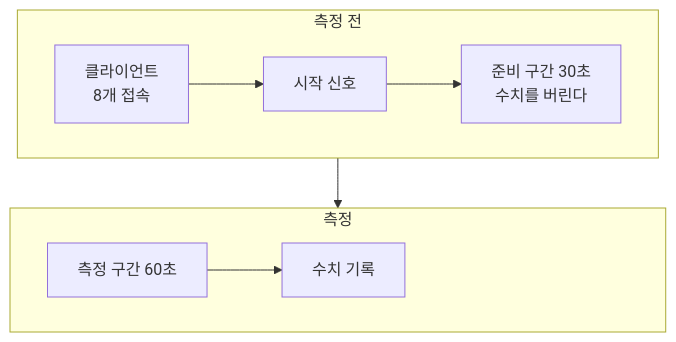
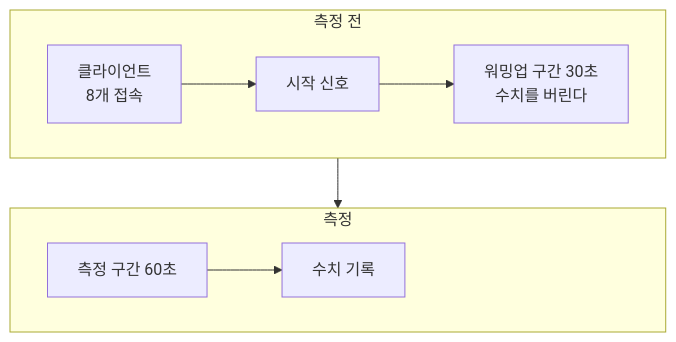
The diagram in Posts/00-testbed/README.md (hon454/ue-dedicated-server-optimization-lab), drawn with Mermaid before and after one commit. The commit also changed other lines of this file and 12 other files, not shown here.

````diff
--- a/Posts/00-testbed/README.md
+++ b/Posts/00-testbed/README.md
@@ -54,16 +54,16 @@
 ```mermaid
 flowchart TB
     subgraph Before["측정 전"]
         direction LR
         A["클라이언트<br/>8개 접속"] --> B["시작 신호"]
-        B --> C["준비 구간 30초<br/>수치를 버린다"]
+        B --> C["워밍업 구간 30초<br/>수치를 버린다"]
     end
     subgraph Measure["측정"]
         direction LR
         D["측정 구간 60초"] --> E["수치 기록"]
         E ~~~ Pad["여백여백여백"]
     end
     Before --> Measure
     classDef pad fill:none,stroke:none,color:transparent
     class Pad pad
 ```
````
